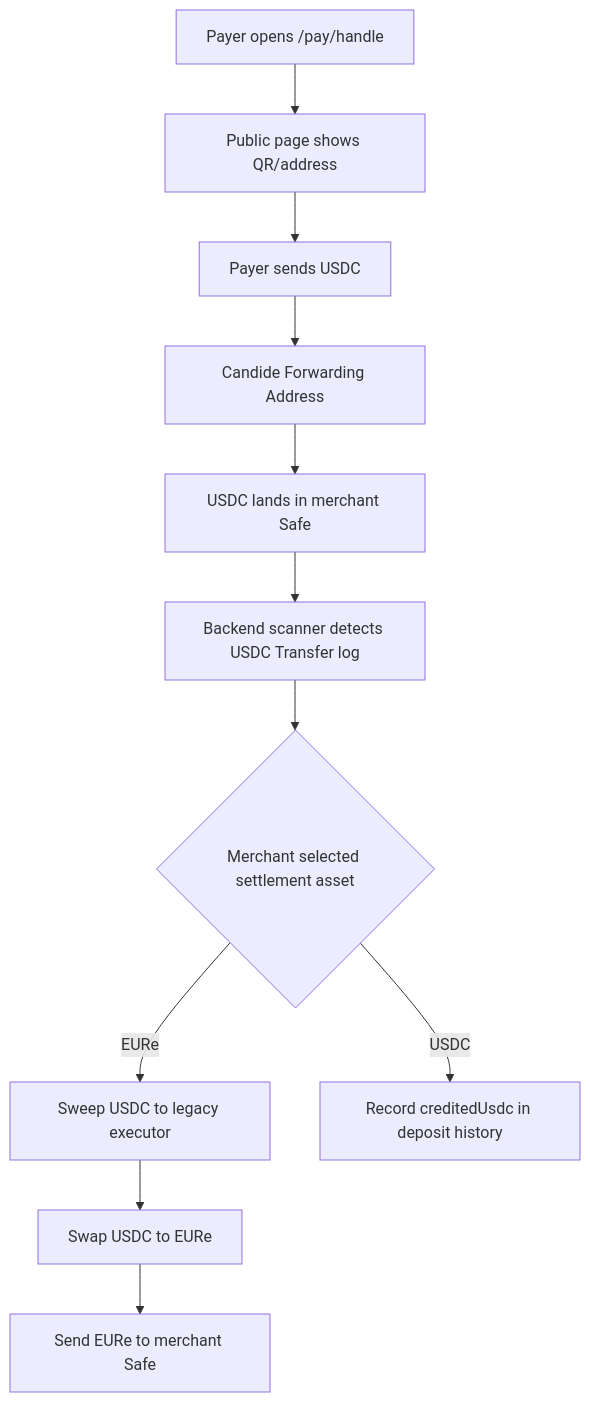
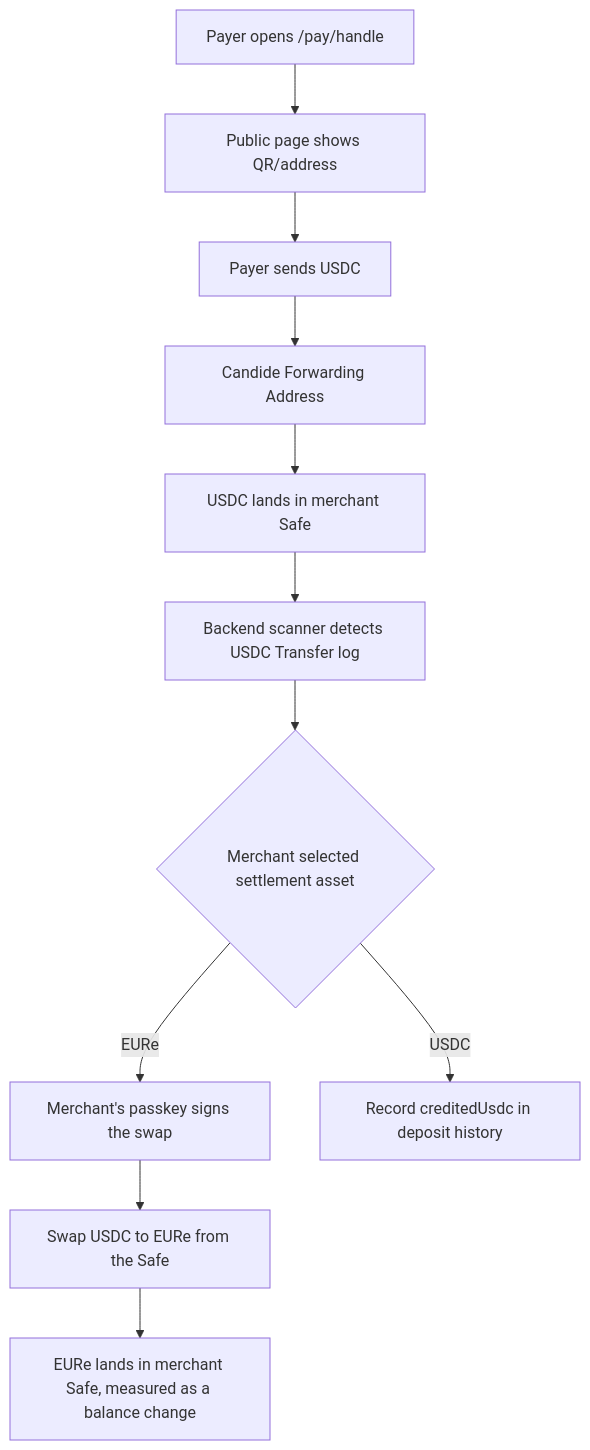
One commit to Zoldenburg-me/Zold-app changed the first of 2 diagrams in docs/payment-page-architecture-map.md. Above: the diagram before and after it, drawn with Mermaid. The commit also changed other lines of this file and 30 other files, not shown here.

````diff
--- a/docs/payment-page-architecture-map.md
+++ b/docs/payment-page-architecture-map.md
@@ -32,13 +32,13 @@
 ```mermaid
 flowchart TD
   A[Payer opens /pay/handle] --> B[Public page shows QR/address]
   B --> C[Payer sends USDC]
   C --> D[Candide Forwarding Address]
   D --> E[USDC lands in merchant Safe]
   E --> F[Backend scanner detects USDC Transfer log]
   F --> G{Merchant selected settlement asset}
-  G -->|EURe| H[Sweep USDC to legacy executor]
-  H --> I[Swap USDC to EURe]
-  I --> J[Send EURe to merchant Safe]
+  G -->|EURe| H[Merchant's passkey signs the swap]
+  H --> I[Swap USDC to EURe from the Safe]
+  I --> J[EURe lands in merchant Safe, measured as a balance change]
   G -->|USDC| K[Record creditedUsdc in deposit history]
 ```
````
